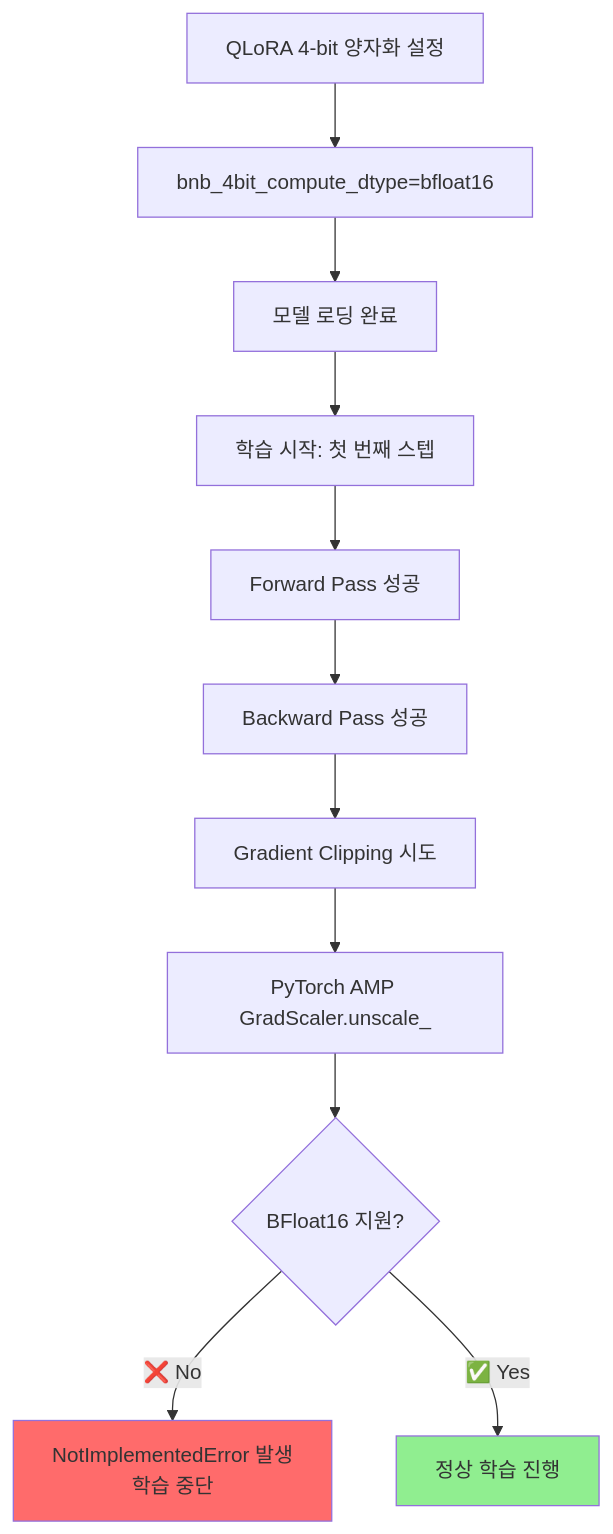
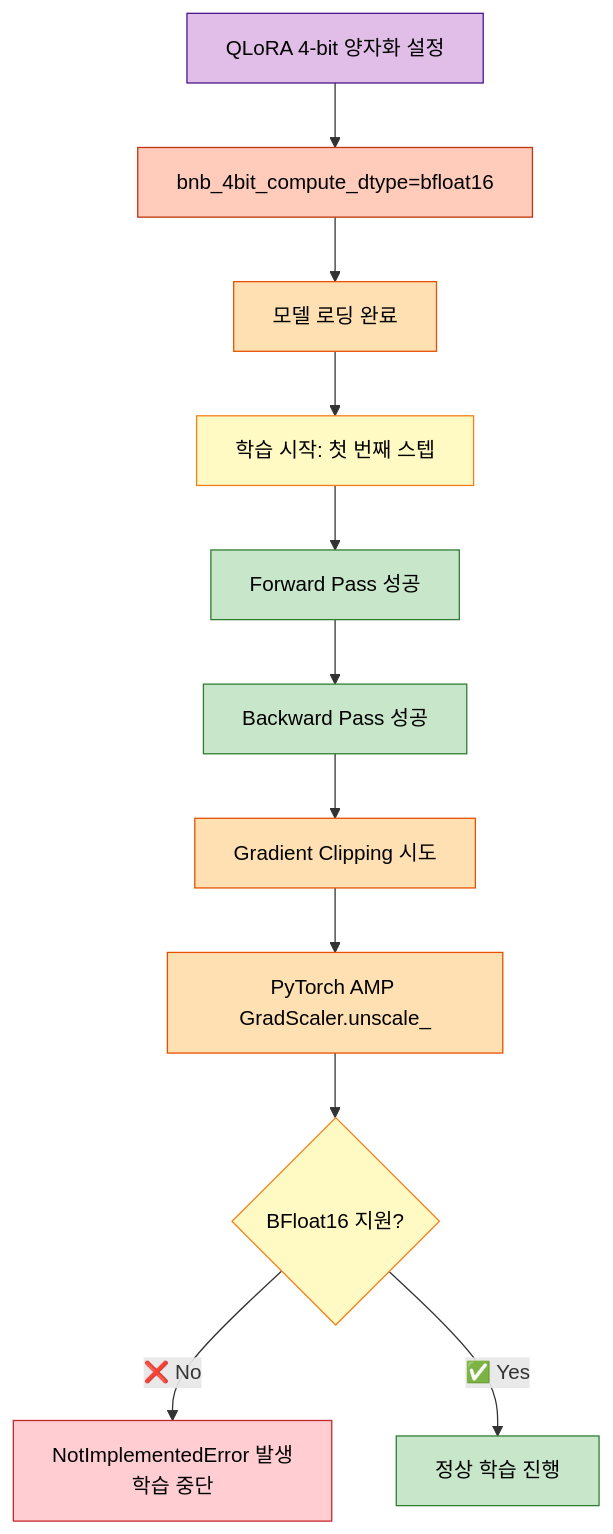
The fourth of 5 diagrams in docs/experiments/20251012_101219_test_full_pipeline_quick_실험분석.md (AIBootcamp14/naturallanguageprocessingcompetition-nlp-1), drawn with Mermaid before and after one commit. The commit also changed other lines of this file, not shown here.

First line of the commit message:
docs: 실험분석 문서 Mermaid 다이어그램 색상 개선

````diff
--- a/docs/experiments/20251012_101219_test_full_pipeline_quick_실험분석.md
+++ b/docs/experiments/20251012_101219_test_full_pipeline_quick_실험분석.md
@@ -388,16 +417,25 @@
 ```mermaid
 graph TD
     A[QLoRA 4-bit 양자화 설정] --> B[bnb_4bit_compute_dtype=bfloat16]
     B --> C[모델 로딩 완료]
     C --> D[학습 시작: 첫 번째 스텝]
     D --> E[Forward Pass 성공]
     E --> F[Backward Pass 성공]
     F --> G[Gradient Clipping 시도]
     G --> H[PyTorch AMP GradScaler.unscale_]
     H --> I{BFloat16 지원?}
     I -->|❌ No| J[NotImplementedError 발생<br/>학습 중단]
     I -->|✅ Yes| K[정상 학습 진행]
 
-    style J fill:#FF6B6B
-    style K fill:#90EE90
+    style A fill:#e1bee7,stroke:#4a148c,color:#000
+    style B fill:#ffccbc,stroke:#bf360c,color:#000
+    style C fill:#ffe0b2,stroke:#e65100,color:#000
+    style D fill:#fff9c4,stroke:#f57f17,color:#000
+    style E fill:#c8e6c9,stroke:#2e7d32,color:#000
+    style F fill:#c8e6c9,stroke:#2e7d32,color:#000
+    style G fill:#ffe0b2,stroke:#e65100,color:#000
+    style H fill:#ffe0b2,stroke:#e65100,color:#000
+    style I fill:#fff9c4,stroke:#f57f17,color:#000
+    style J fill:#ffcdd2,stroke:#c62828,color:#000
+    style K fill:#c8e6c9,stroke:#2e7d32,color:#000
 ```
````
